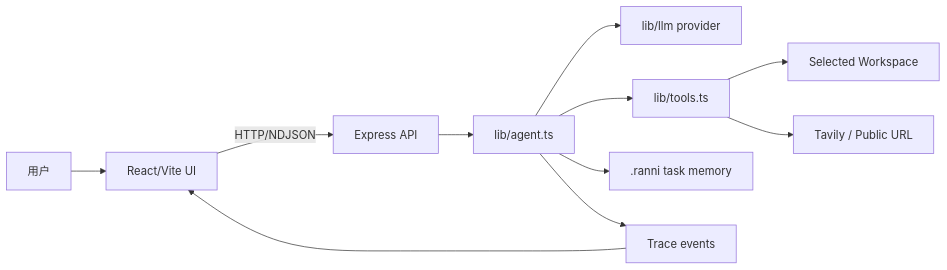
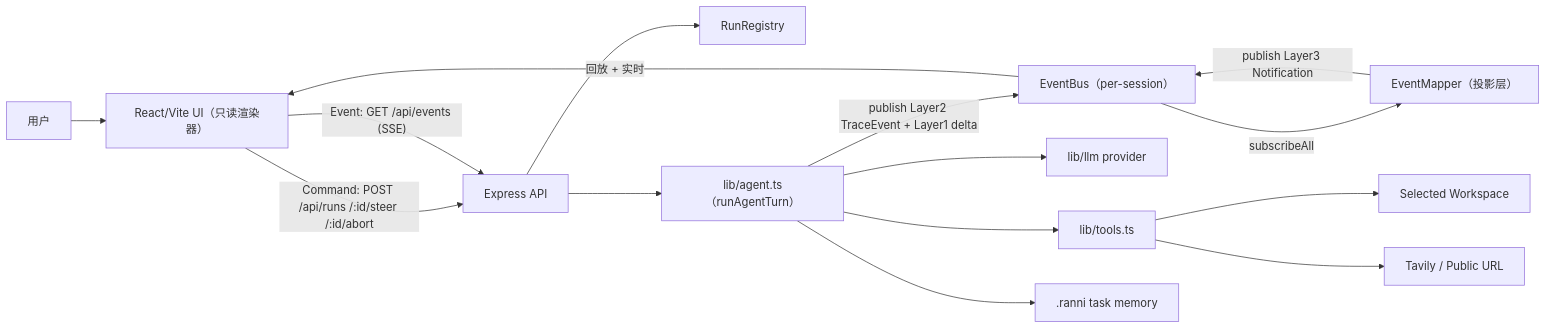
One commit to Carri1Sun/Ranni changed the first of 2 diagrams in docs/tech/v1-architecture/runtime-architecture.md. Above: the diagram before and after it, drawn with Mermaid. The commit also changed other lines of this file and 18 other files, not shown here.

````diff
--- a/docs/tech/v1-architecture/runtime-architecture.md
+++ b/docs/tech/v1-architecture/runtime-architecture.md
@@ -13,13 +15,17 @@
 ```mermaid
 flowchart LR
-  User["用户"] --> UI["React/Vite UI"]
-  UI -->|HTTP/NDJSON| Server["Express API"]
-  Server --> Agent["lib/agent.ts"]
+  User["用户"] --> UI["React/Vite UI（只读渲染器）"]
+  UI -->|"Command: POST /api/runs /:id/steer /:id/abort"| Server["Express API"]
+  UI -->|"Event: GET /api/events (SSE)"| Server
+  Server --> Registry["RunRegistry"]
+  Server --> Agent["lib/agent.ts（runAgentTurn）"]
+  Agent -->|"publish Layer2 TraceEvent + Layer1 delta"| Bus["EventBus（per-session）"]
+  Bus -->|"subscribeAll"| Mapper["EventMapper（投影层）"]
+  Mapper -->|"publish Layer3 Notification"| Bus
+  Bus -->|"回放 + 实时"| UI
   Agent --> LLM["lib/llm provider"]
   Agent --> Tools["lib/tools.ts"]
   Tools --> Workspace["Selected Workspace"]
   Tools --> Web["Tavily / Public URL"]
   Agent --> Memory[".ranni task memory"]
-  Agent --> Trace["Trace events"]
-  Trace --> UI
 ```
````
